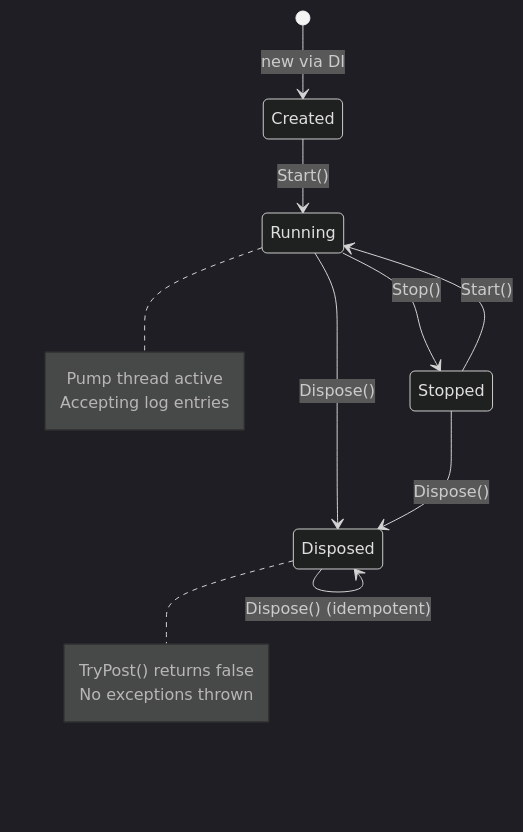
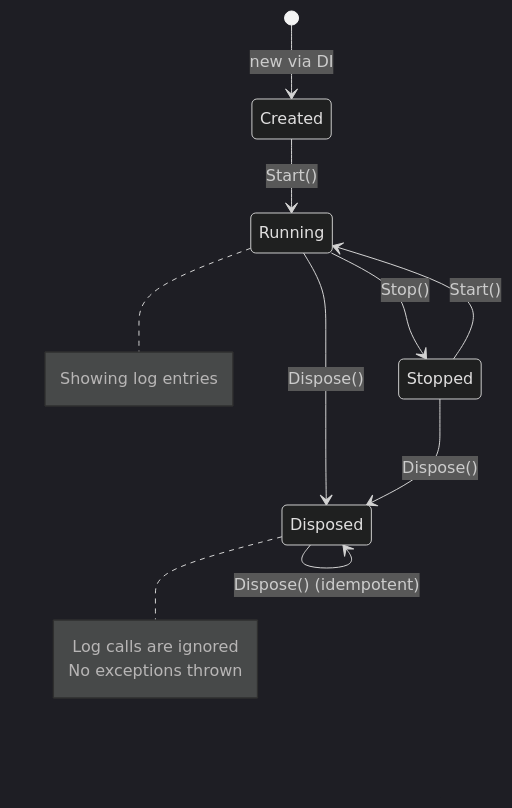
One commit to trgiangv/ZLogger.Scintilla changed the first of 4 diagrams in docs/usage.md. Above: the diagram before and after it, drawn with Mermaid (dark theme). The commit also changed other lines of this file and 6 other files, not shown here.

````diff
--- a/docs/usage.md
+++ b/docs/usage.md
@@ -70,20 +49,19 @@
 ```mermaid
 stateDiagram-v2
     [*] --> Created: new via DI
     Created --> Running: Start()
     Running --> Stopped: Stop()
     Stopped --> Running: Start()
     Running --> Disposed: Dispose()
     Stopped --> Disposed: Dispose()
     Disposed --> Disposed: Dispose() (idempotent)
     
     note right of Running
-        Pump thread active
-        Accepting log entries
+        Showing log entries
     end note
     
     note right of Disposed
-        TryPost() returns false
+        Log calls are ignored
         No exceptions thrown
     end note
 ```
````
